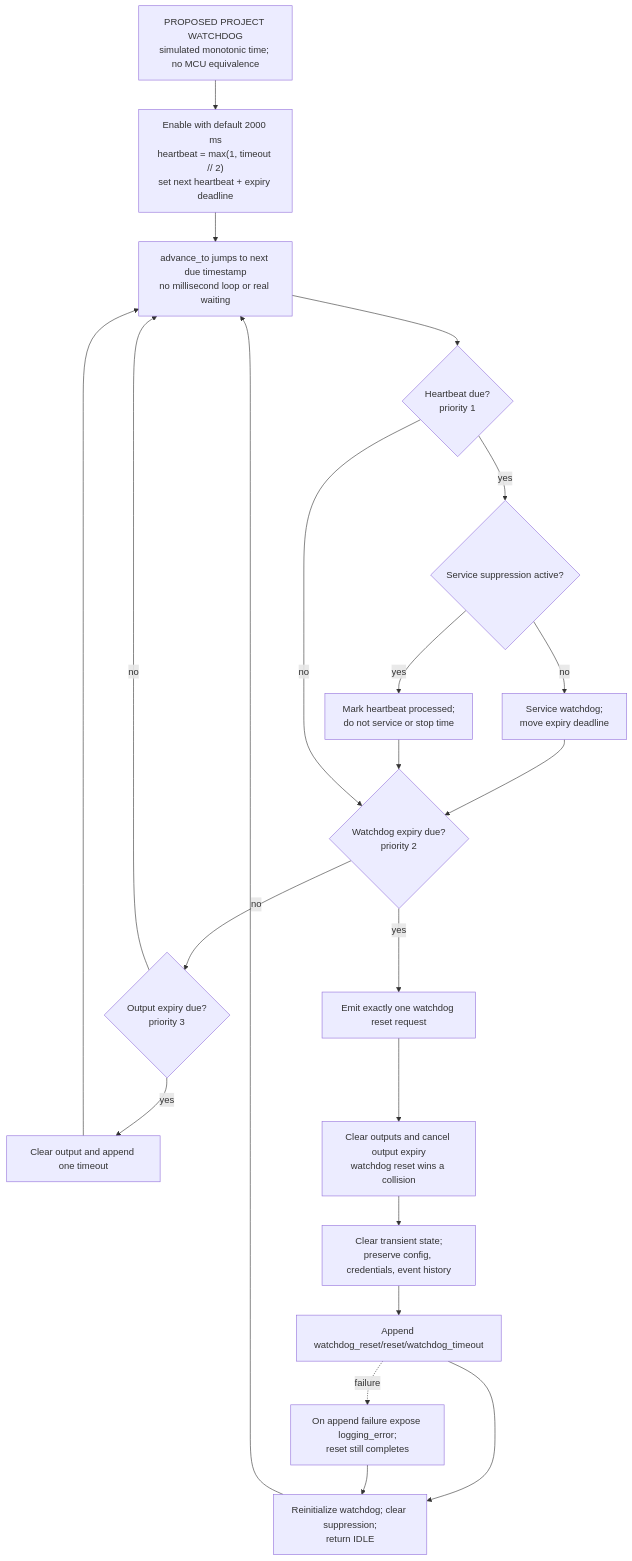
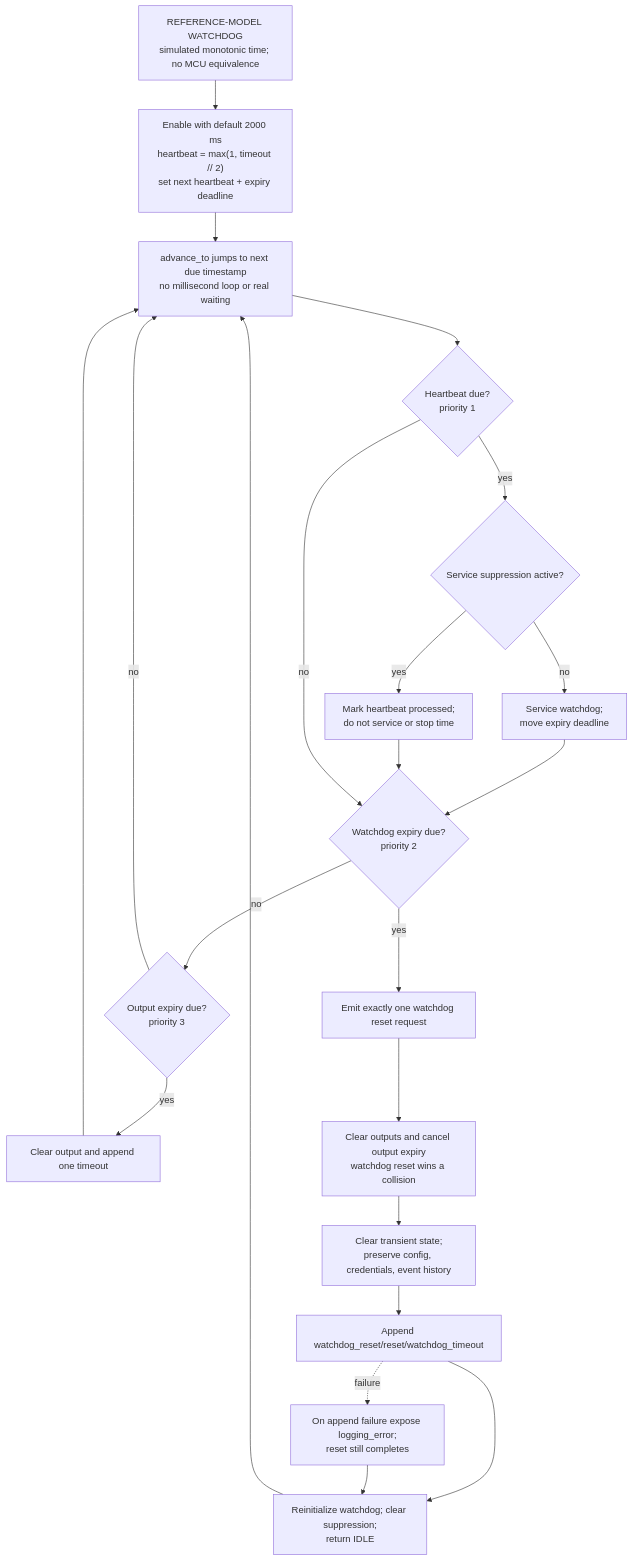
Before and after one commit to BarShtainv/EEEProjectElevator: the diagram in docs/figures/watchdog_sequence.mmd, drawn with Mermaid. The commit also changed 33 other files, not shown here.

```diff
--- a/docs/figures/watchdog_sequence.mmd
+++ b/docs/figures/watchdog_sequence.mmd
@@ -1,29 +1,29 @@
 flowchart TD
-    NOTE["PROPOSED PROJECT WATCHDOG<br/>simulated monotonic time; no MCU equivalence"]
+    NOTE["REFERENCE-MODEL WATCHDOG<br/>simulated monotonic time; no MCU equivalence"]
     INIT["Enable with default 2000 ms<br/>heartbeat = max(1, timeout // 2)<br/>set next heartbeat + expiry deadline"]
     ADV["advance_to jumps to next due timestamp<br/>no millisecond loop or real waiting"]
     HB{"Heartbeat due?<br/>priority 1"}
     SUP{"Service suppression active?"}
     SERVICE["Service watchdog;<br/>move expiry deadline"]
     SKIP["Mark heartbeat processed;<br/>do not service or stop time"]
     EXP{"Watchdog expiry due?<br/>priority 2"}
     REQ["Emit exactly one watchdog reset request"]
     OUT{"Output expiry due?<br/>priority 3"}
     TIMEOUT["Clear output and append one timeout"]
     OFF["Clear outputs and cancel output expiry<br/>watchdog reset wins a collision"]
     CLEAR["Clear transient state;<br/>preserve config, credentials, event history"]
     LOG["Append watchdog_reset/reset/watchdog_timeout"]
     REINIT["Reinitialize watchdog; clear suppression;<br/>return IDLE"]
     LOGFAIL["On append failure expose logging_error;<br/>reset still completes"]
 
     NOTE --> INIT --> ADV --> HB
     HB -- yes --> SUP
     SUP -- no --> SERVICE --> EXP
     SUP -- yes --> SKIP --> EXP
     HB -- no --> EXP
     EXP -- yes --> REQ --> OFF --> CLEAR --> LOG --> REINIT
     EXP -- no --> OUT
     OUT -- yes --> TIMEOUT --> ADV
     OUT -- no --> ADV
     LOG -. failure .-> LOGFAIL --> REINIT
     REINIT --> ADV
```
